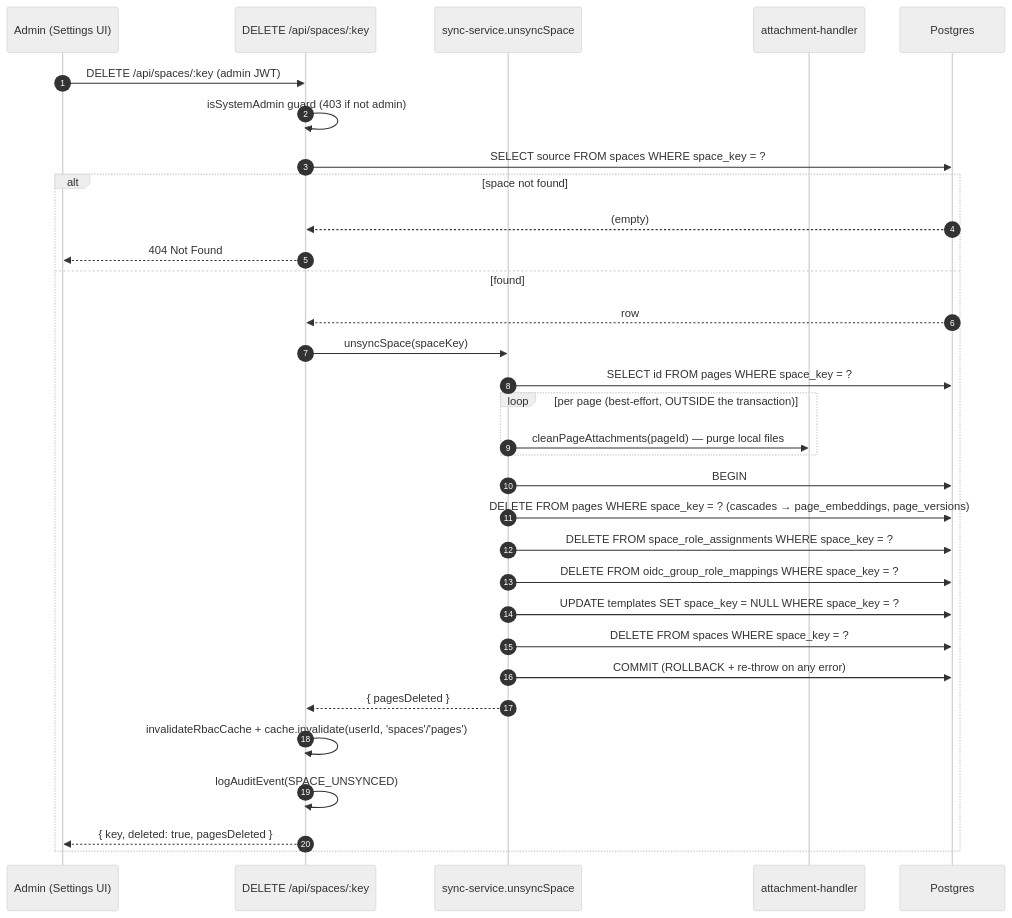
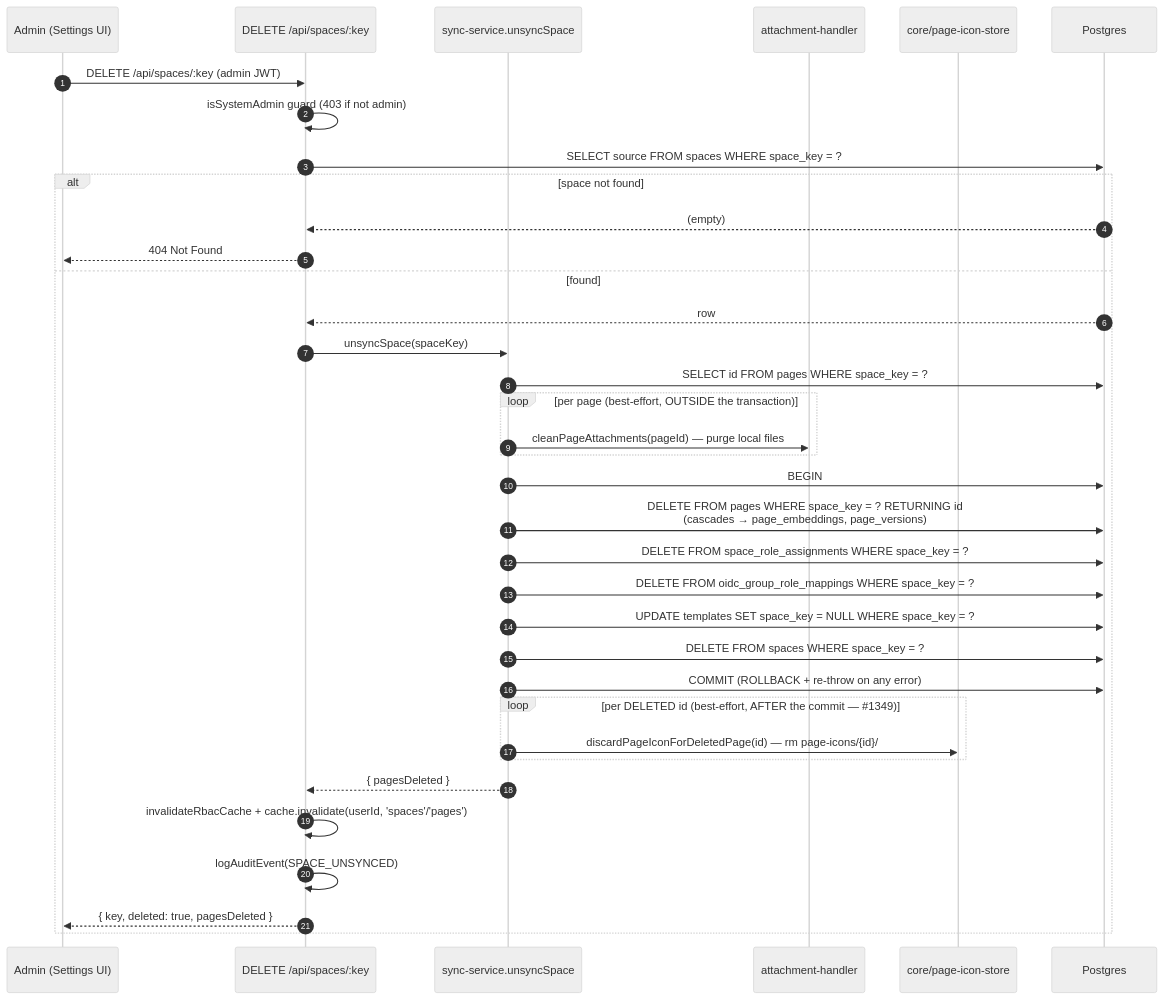
Before and after one commit to Compendiq/compendiq-ce: the second of 2 diagrams in docs/architecture/08-flow-sync.md, drawn with Mermaid (neutral theme). The commit also changed other lines of this file and 6 other files, not shown here.

First line of the commit message:
fix(attachments): remove a page's icon only after the unsync commits (#1349)

````diff
--- a/docs/architecture/08-flow-sync.md
+++ b/docs/architecture/08-flow-sync.md
@@ -484,35 +489,39 @@
 ```mermaid
 sequenceDiagram
     autonumber
     participant A as Admin (Settings UI)
     participant R as DELETE /api/spaces/:key
     participant SV as sync-service.unsyncSpace
     participant AH as attachment-handler
+    participant PI as core/page-icon-store
     participant DB as Postgres
 
     A->>R: DELETE /api/spaces/:key (admin JWT)
     R->>R: isSystemAdmin guard (403 if not admin)
     R->>DB: SELECT source FROM spaces WHERE space_key = ?
     alt space not found
         DB-->>R: (empty)
         R-->>A: 404 Not Found
     else found
         DB-->>R: row
         R->>SV: unsyncSpace(spaceKey)
         SV->>DB: SELECT id FROM pages WHERE space_key = ?
         loop per page (best-effort, OUTSIDE the transaction)
             SV->>AH: cleanPageAttachments(pageId) — purge local files
         end
         SV->>DB: BEGIN
-        SV->>DB: DELETE FROM pages WHERE space_key = ? (cascades → page_embeddings, page_versions)
+        SV->>DB: DELETE FROM pages WHERE space_key = ? RETURNING id<br/>(cascades → page_embeddings, page_versions)
         SV->>DB: DELETE FROM space_role_assignments WHERE space_key = ?
         SV->>DB: DELETE FROM oidc_group_role_mappings WHERE space_key = ?
         SV->>DB: UPDATE templates SET space_key = NULL WHERE space_key = ?
         SV->>DB: DELETE FROM spaces WHERE space_key = ?
         SV->>DB: COMMIT (ROLLBACK + re-throw on any error)
+        loop per DELETED id (best-effort, AFTER the commit — #35;1349)
+            SV->>PI: discardPageIconForDeletedPage(id) — rm page-icons/{id}/
+        end
         SV-->>R: { pagesDeleted }
         R->>R: invalidateRbacCache + cache.invalidate(userId, 'spaces'/'pages')
         R->>R: logAuditEvent(SPACE_UNSYNCED)
         R-->>A: { key, deleted: true, pagesDeleted }
     end
 ```
````
